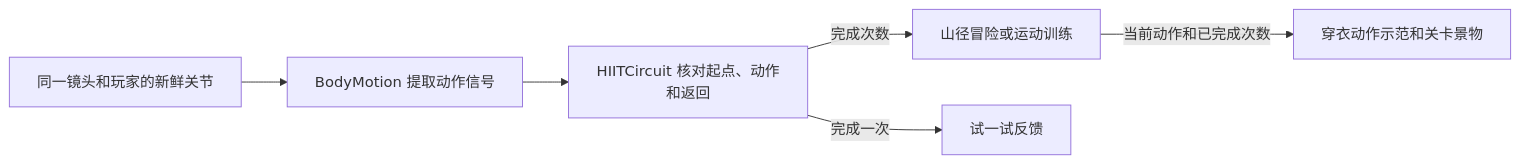
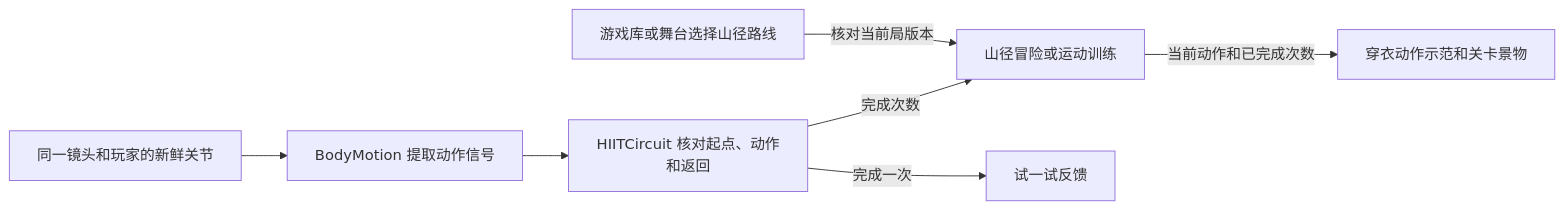
Diagram 11 of 20 in docs/architecture.md (Geeprox/Friday), drawn with Mermaid before and after one commit. The commit also changed other lines of this file and 15 other files, not shown here.

````diff
--- a/docs/architecture.md
+++ b/docs/architecture.md
@@ -222,8 +224,9 @@
 ```mermaid
 flowchart LR
   A[同一镜头和玩家的新鲜关节] --> B[BodyMotion 提取动作信号]
   B --> C[HIITCircuit 核对起点、动作和返回]
   C -->|完成次数| D[山径冒险或运动训练]
   C -->|完成一次| E[试一试反馈]
+  G[游戏库或舞台选择山径路线] -->|核对当前局版本| D
   D -->|当前动作和已完成次数| F[穿衣动作示范和关卡景物]
 ```
````
